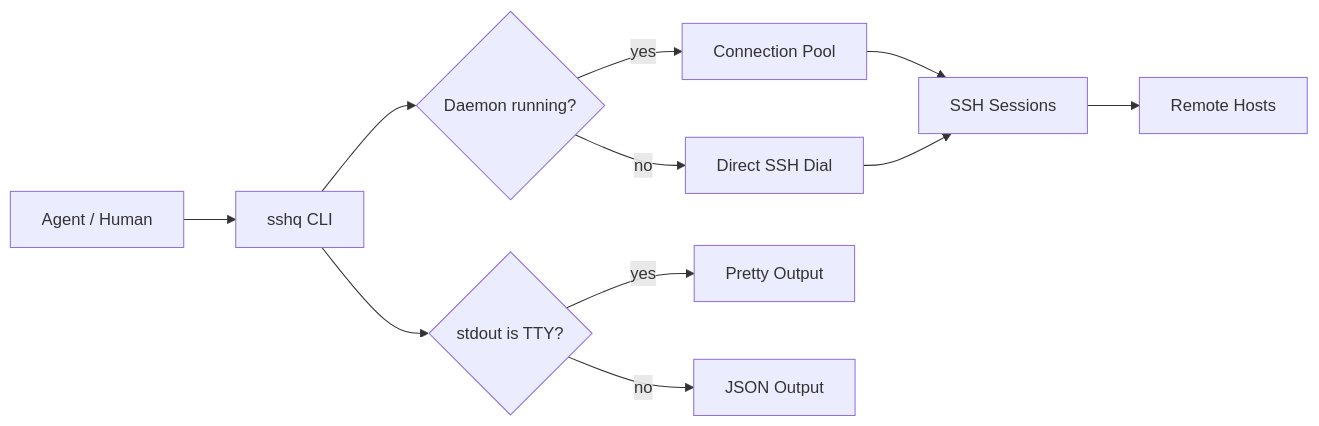
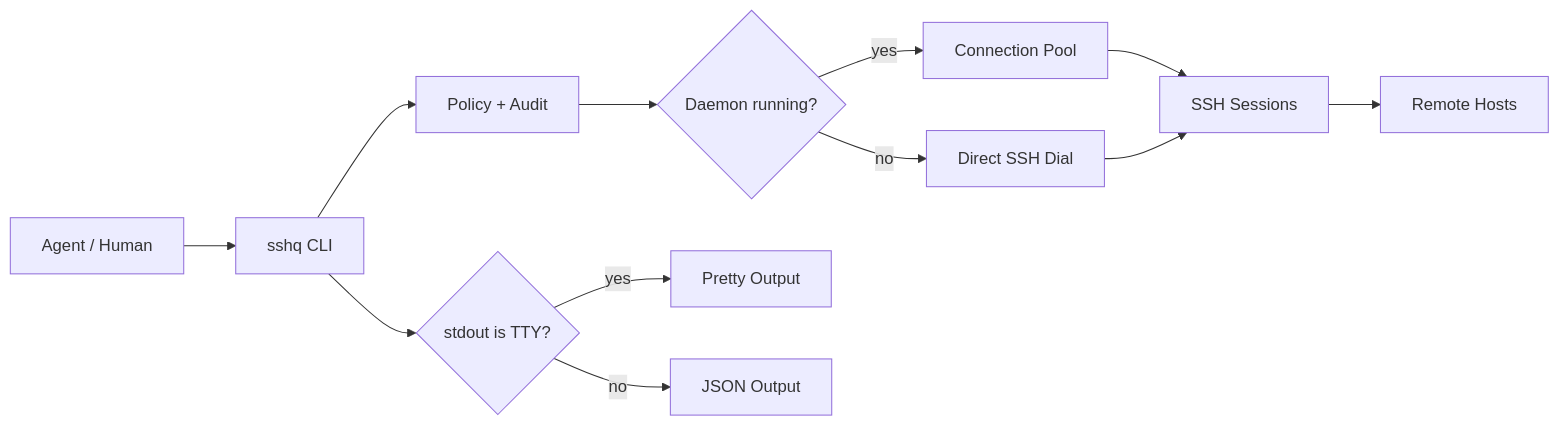
Before and after one commit to shayuc137/sshq: the diagram in README.md, drawn with Mermaid. The commit also changed other lines of this file and 26 other files, not shown here.

````diff
--- a/README.md
+++ b/README.md
@@ -74,14 +255,15 @@
 ```mermaid
 graph LR
     A[Agent / Human] --> B[sshq CLI]
-    B --> C{Daemon running?}
+    B --> P[Policy + Audit]
+    P --> C{Daemon running?}
     C -->|yes| D[Connection Pool]
     C -->|no| E[Direct SSH Dial]
     D --> F[SSH Sessions]
     E --> F
     F --> G[Remote Hosts]
 
     B --> H{stdout is TTY?}
     H -->|yes| I[Pretty Output]
     H -->|no| J[JSON Output]
 ```
````
